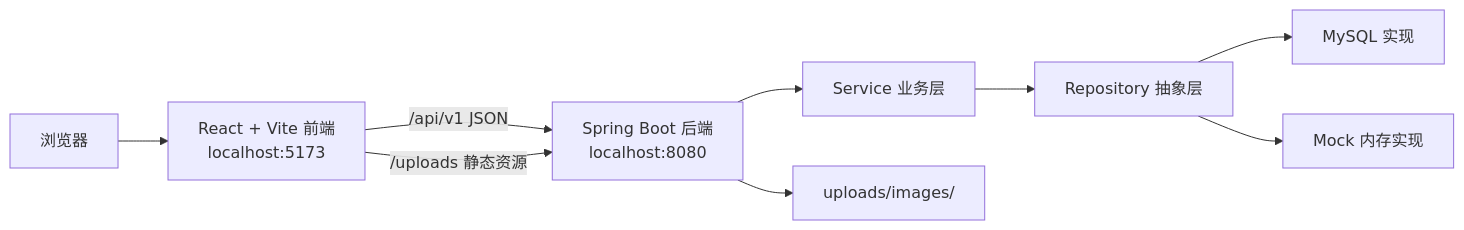
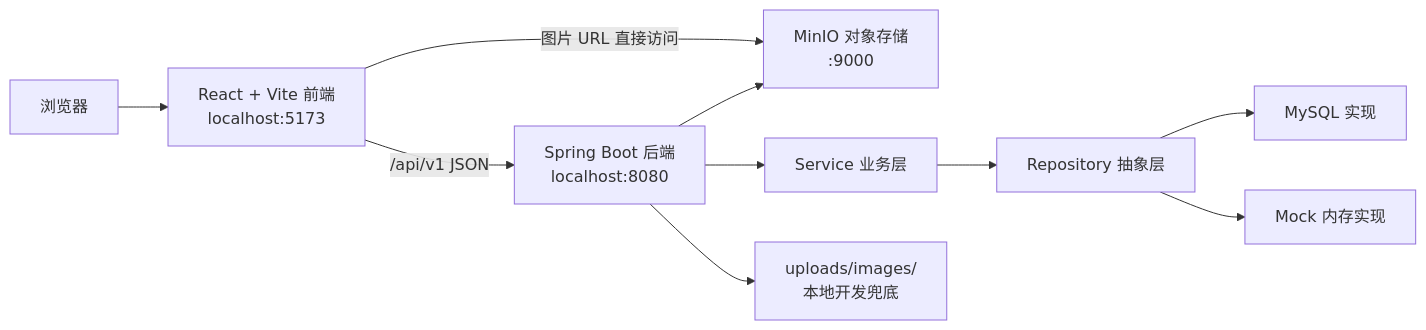
One commit to oliviawxx/whucircle changed the first of 18 diagrams in docs/系统设计说明书.md. Above: the diagram before and after it, drawn with Mermaid. The commit also changed other lines of this file and 13 other files, not shown here.

````diff
--- a/docs/系统设计说明书.md
+++ b/docs/系统设计说明书.md
@@ -9,11 +9,12 @@
 ```mermaid
 flowchart LR
     BROWSER["浏览器"] --> FE["React + Vite 前端<br/>localhost:5173"]
     FE -->|"/api/v1 JSON"| BE["Spring Boot 后端<br/>localhost:8080"]
-    FE -->|"/uploads 静态资源"| BE
+    FE -->|"图片 URL 直接访问"| MINIO["MinIO 对象存储<br/>:9000"]
     BE --> SVC["Service 业务层"]
     SVC --> REPO["Repository 抽象层"]
     REPO --> MYSQL["MySQL 实现"]
     REPO --> MOCK["Mock 内存实现"]
-    BE --> FS["uploads/images/"]
+    BE --> MINIO
+    BE --> FS["uploads/images/<br/>本地开发兜底"]
 ```
````
